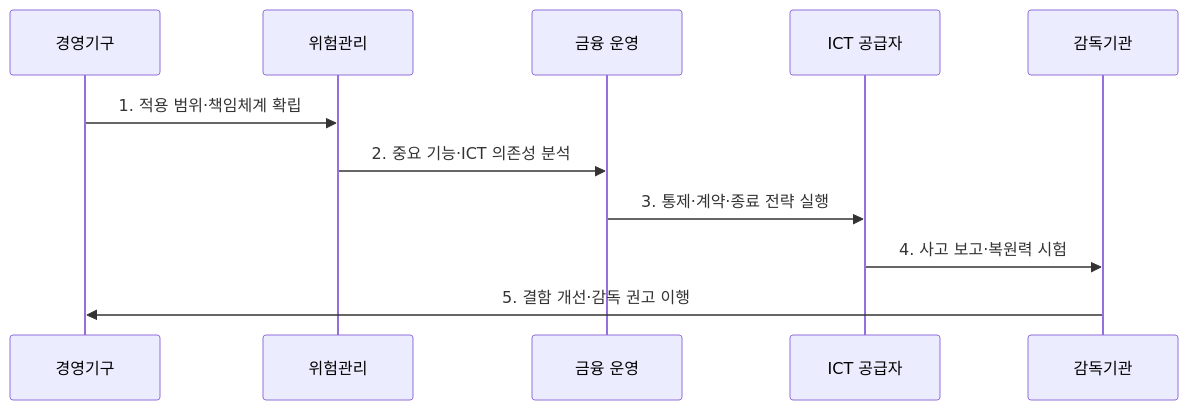
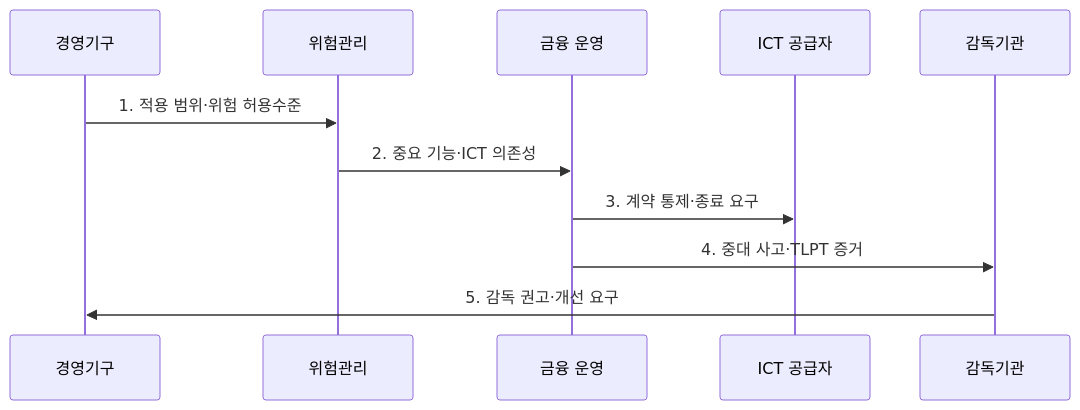
The second of 2 diagrams in src/content/docs/notes/05-security/124_eu_dora.md (agnusdei1207/knowledge-base), drawn with Mermaid before and after one commit. The commit also changed other lines of this file and 20 other files, not shown here.

````diff
--- a/src/content/docs/notes/05-security/124_eu_dora.md
+++ b/src/content/docs/notes/05-security/124_eu_dora.md
@@ -81,13 +81,13 @@
 ```mermaid
 sequenceDiagram
   participant B as 경영기구
   participant R as 위험관리
   participant O as 금융 운영
   participant P as ICT 공급자
   participant A as 감독기관
-  B->>R: 1. 적용 범위·책임체계 확립
-  R->>O: 2. 중요 기능·ICT 의존성 분석
-  O->>P: 3. 통제·계약·종료 전략 실행
-  P->>A: 4. 사고 보고·복원력 시험
-  A->>B: 5. 결함 개선·감독 권고 이행
+  B->>R: 1. 적용 범위·위험 허용수준
+  R->>O: 2. 중요 기능·ICT 의존성
+  O->>P: 3. 계약 통제·종료 요구
+  O->>A: 4. 중대 사고·TLPT 증거
+  A->>B: 5. 감독 권고·개선 요구
 ```
````
